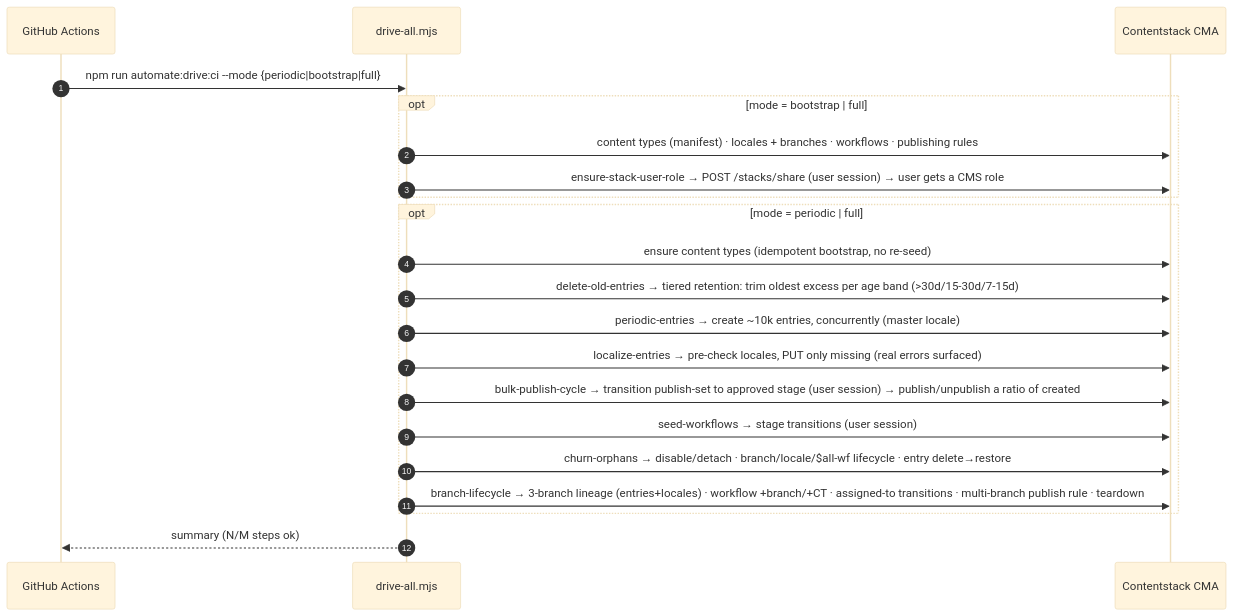
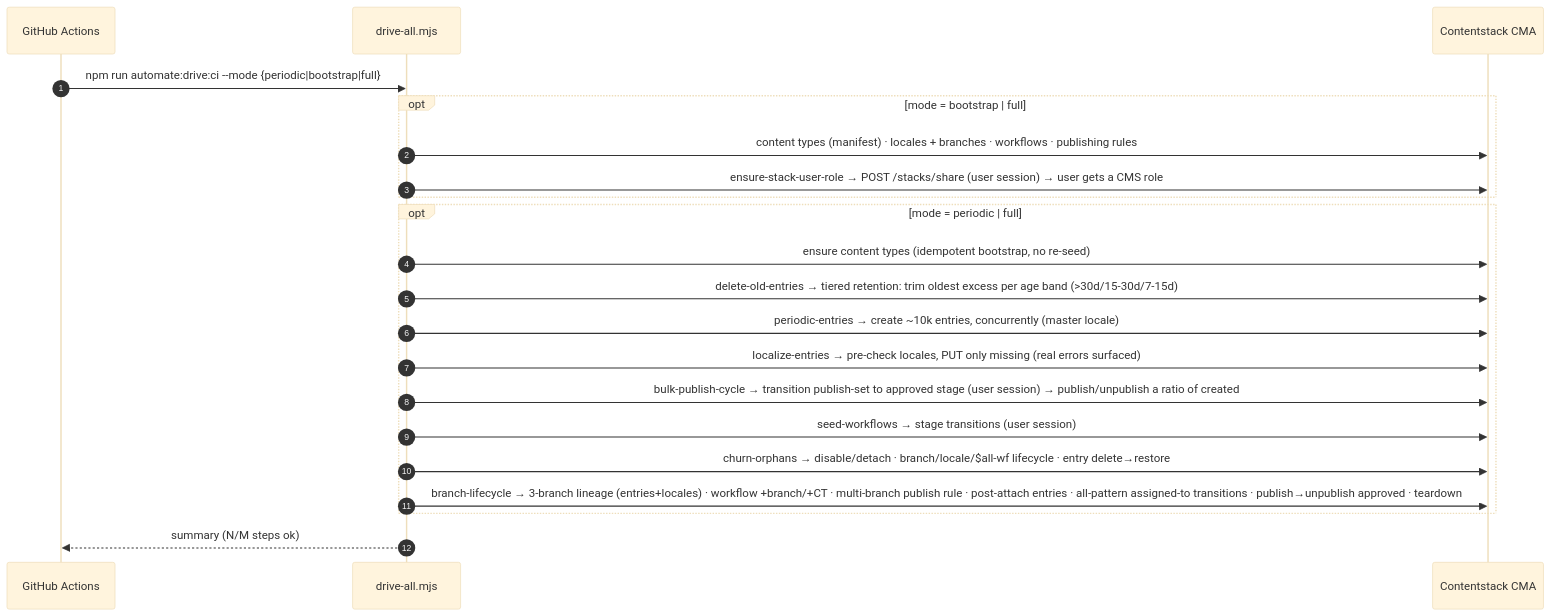
The fourth of 4 diagrams in README.md (DiveshKumarChordia/contentstack-analytics-automation-lab), drawn with Mermaid (base theme) before and after one commit. The commit also changed other lines of this file and 5 other files, not shown here.

First line of the commit message:
feat(branch-lifecycle): post-attach entries, all transition patterns, publish→unpublish

````diff
--- a/README.md
+++ b/README.md
@@ -281,25 +281,25 @@
 ```mermaid
 sequenceDiagram
   autonumber
   participant Cron as GitHub Actions
   participant Drive as drive-all.mjs
   participant CMA as Contentstack CMA
   Cron->>Drive: npm run automate:drive:ci --mode {periodic|bootstrap|full}
 
   opt mode = bootstrap | full
     Drive->>CMA: content types (manifest) · locales + branches · workflows · publishing rules
     Drive->>CMA: ensure-stack-user-role → POST /stacks/share (user session) → user gets a CMS role
   end
 
   opt mode = periodic | full
     Drive->>CMA: ensure content types (idempotent bootstrap, no re-seed)
     Drive->>CMA: delete-old-entries → tiered retention: trim oldest excess per age band (>30d/15-30d/7-15d)
     Drive->>CMA: periodic-entries → create ~10k entries, concurrently (master locale)
     Drive->>CMA: localize-entries → pre-check locales, PUT only missing (real errors surfaced)
     Drive->>CMA: bulk-publish-cycle → transition publish-set to approved stage (user session) → publish/unpublish a ratio of created
     Drive->>CMA: seed-workflows → stage transitions (user session)
     Drive->>CMA: churn-orphans → disable/detach · branch/locale/$all-wf lifecycle · entry delete→restore
-    Drive->>CMA: branch-lifecycle → 3-branch lineage (entries+locales) · workflow +branch/+CT · assigned-to transitions · multi-branch publish rule · teardown
+    Drive->>CMA: branch-lifecycle → 3-branch lineage (entries+locales) · workflow +branch/+CT · multi-branch publish rule · post-attach entries · all-pattern assigned-to transitions · publish→unpublish approved · teardown
   end
   Drive-->>Cron: summary (N/M steps ok)
 ```
````
